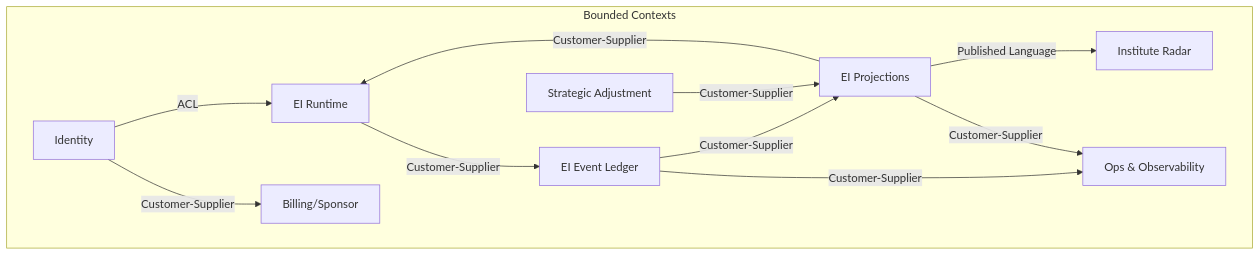
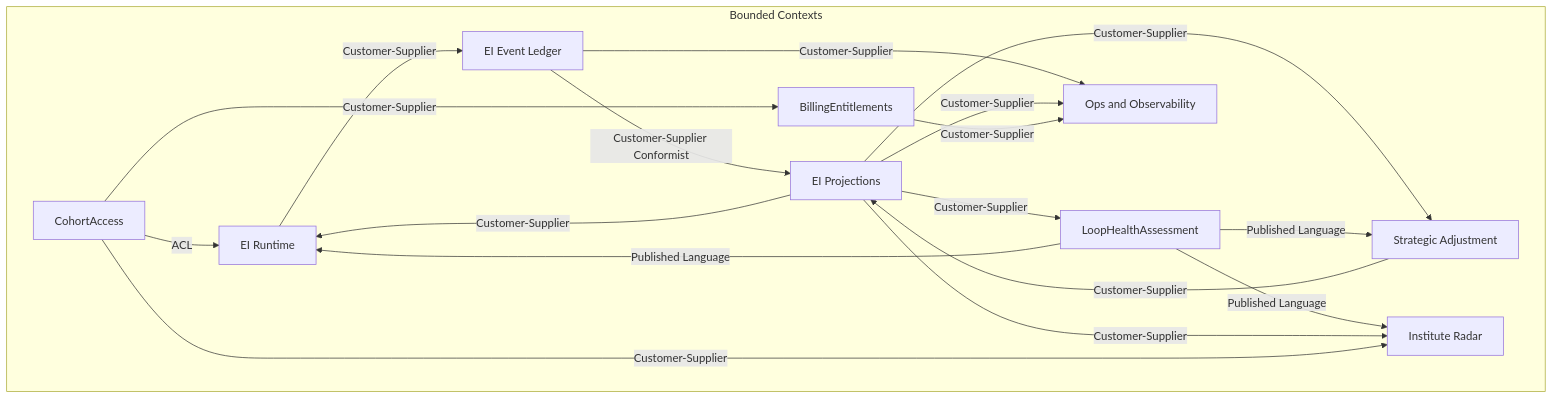
One commit to Mukul1312/ELI changed the diagram in docs/strategic-design/03-context-map.md. Above: the diagram before and after it, drawn with Mermaid. The commit also changed other lines of this file and 19 other files, not shown here.

````diff
--- a/docs/strategic-design/03-context-map.md
+++ b/docs/strategic-design/03-context-map.md
@@ -26,23 +35,31 @@
 ```mermaid
 flowchart TB
     subgraph contexts [Bounded Contexts]
-        Identity[Identity]
+        CohortAccess[CohortAccess]
         Ledger[EI Event Ledger]
         Projections[EI Projections]
+        LoopHealth[LoopHealthAssessment]
         Runtime[EI Runtime]
         SA[Strategic Adjustment]
         Radar[Institute Radar]
-        Ops[Ops & Observability]
-        Billing[Billing/Sponsor]
+        Ops[Ops and Observability]
+        Billing[BillingEntitlements]
     end
 
-    Identity -->|ACL| Runtime
+    CohortAccess -->|ACL| Runtime
+    CohortAccess -->|Customer-Supplier| Billing
     Runtime -->|Customer-Supplier| Ledger
-    Ledger -->|Customer-Supplier| Projections
+    Ledger -->|Customer-Supplier Conformist| Projections
+    Projections -->|Customer-Supplier| LoopHealth
+    LoopHealth -->|Published Language| Runtime
     Projections -->|Customer-Supplier| Runtime
     SA -->|Customer-Supplier| Projections
-    Projections -->|Published Language| Radar
+    Projections -->|Customer-Supplier| SA
+    LoopHealth -->|Published Language| SA
+    LoopHealth -->|Published Language| Radar
+    Projections -->|Customer-Supplier| Radar
+    CohortAccess -->|Customer-Supplier| Radar
     Ledger -->|Customer-Supplier| Ops
     Projections -->|Customer-Supplier| Ops
-    Identity -->|Customer-Supplier| Billing
+    Billing -->|Customer-Supplier| Ops
 ```
````
